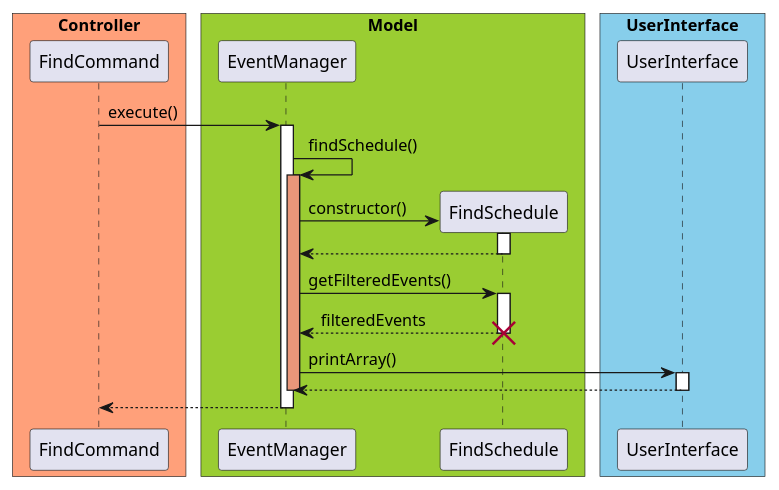
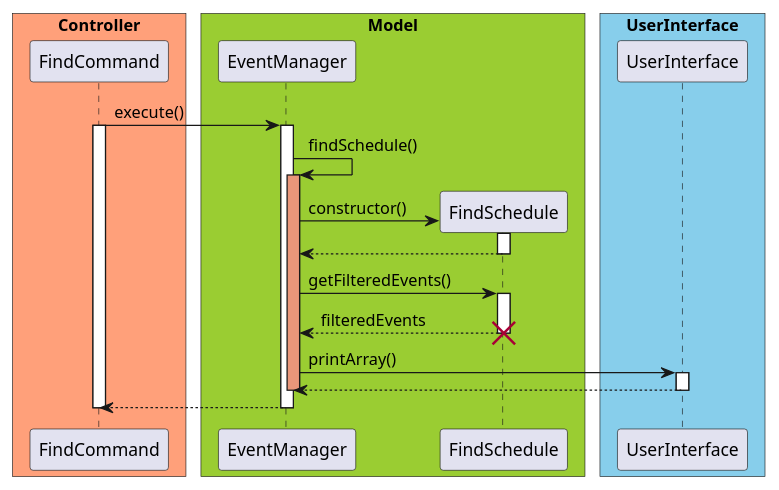
The diagram in docs/diagram/FindEvent.puml (untitle4/tp), drawn with PlantUML before and after one commit. The commit also changed 4 other files, not shown here.

Commit message:
Add uml graph for quiz storage feature

```diff
--- a/docs/diagram/FindEvent.puml
+++ b/docs/diagram/FindEvent.puml
@@ -1,40 +1,42 @@
 @startuml
 
 skinparam ParticipantPadding 10
 skinparam BoxPadding 5
 
 box "Controller" #LightSalmon
 participant FindCommand
 end box
 
 box "Model" #YellowGreen
 participant EventManager
 participant FindSchedule
 end box
 
 box "UserInterface" #skyblue
 participant UserInterface
 end box
 
 FindCommand -> EventManager : execute()
+activate FindCommand
 activate EventManager
 EventManager -> EventManager : findSchedule()
 activate EventManager #DarkSalmon
 EventManager -> FindSchedule ** : constructor()
 activate FindSchedule
 FindSchedule --> EventManager
 deactivate FindSchedule
 EventManager -> FindSchedule : getFilteredEvents()
 activate FindSchedule
 FindSchedule --> EventManager : filteredEvents
 deactivate FindSchedule
 destroy FindSchedule
 EventManager -> UserInterface : printArray()
 activate UserInterface
 UserInterface --> EventManager
 deactivate UserInterface
 deactivate EventManager
 EventManager --> FindCommand
 deactivate EventManager
+deactivate FindCommand
 
 @enduml
```
